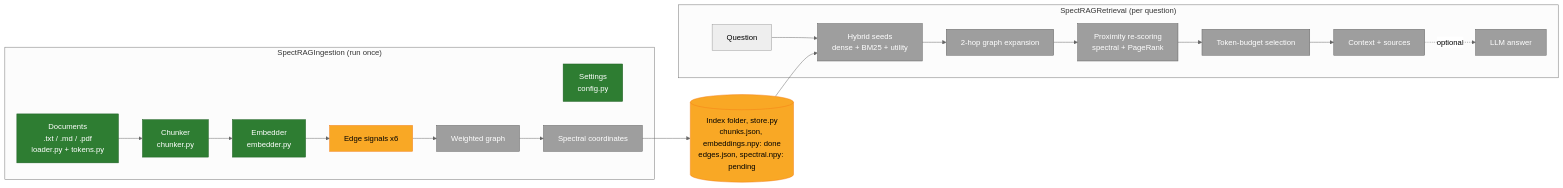
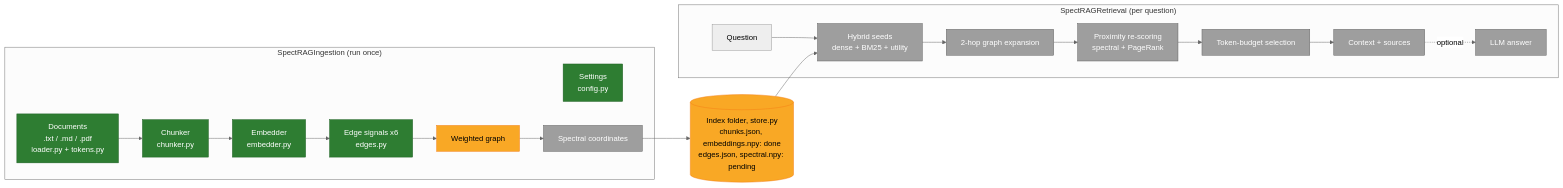
One commit to aion7891/Spect-RAG changed the first of 9 diagrams in README.md. Above: the diagram before and after it, drawn with Mermaid (neutral theme). The commit also changed other lines of this file and 12 other files, not shown here.

Commit message:
feat: Phase 5 – six edge signals (semantic, adjacency, section, entity, utility, citation)

````diff
--- a/README.md
+++ b/README.md
@@ -150,24 +150,24 @@
 ```mermaid
 flowchart LR
     subgraph OFFLINE["SpectRAGIngestion (run once)"]
         S["Settings<br/>config.py"]:::done
         A["Documents<br/>.txt / .md / .pdf<br/>loader.py + tokens.py"]:::done --> B["Chunker<br/>chunker.py"]:::done
         B --> C["Embedder<br/>embedder.py"]:::done
-        C --> D["Edge signals x6"]:::doing
-        D --> E["Weighted graph"]:::todo
+        C --> D["Edge signals x6<br/>edges.py"]:::done
+        D --> E["Weighted graph"]:::doing
         E --> F["Spectral coordinates"]:::todo
     end
     F --> G[("Index folder, store.py<br/>chunks.json, embeddings.npy: done<br/>edges.json, spectral.npy: pending")]:::doing
     subgraph ONLINE["SpectRAGRetrieval (per question)"]
         H["Question"] --> I["Hybrid seeds<br/>dense + BM25 + utility"]:::todo
         I --> J["2-hop graph expansion"]:::todo
         J --> K["Proximity re-scoring<br/>spectral + PageRank"]:::todo
         K --> L["Token-budget selection"]:::todo
         L --> M["Context + sources"]:::todo
         M -.optional.-> N["LLM answer"]:::todo
     end
     G --> I
     classDef done fill:#2e7d32,color:#fff,stroke:#1b5e20
     classDef doing fill:#f9a825,color:#000,stroke:#f57f17
     classDef todo fill:#9e9e9e,color:#fff,stroke:#616161
 ```
````
